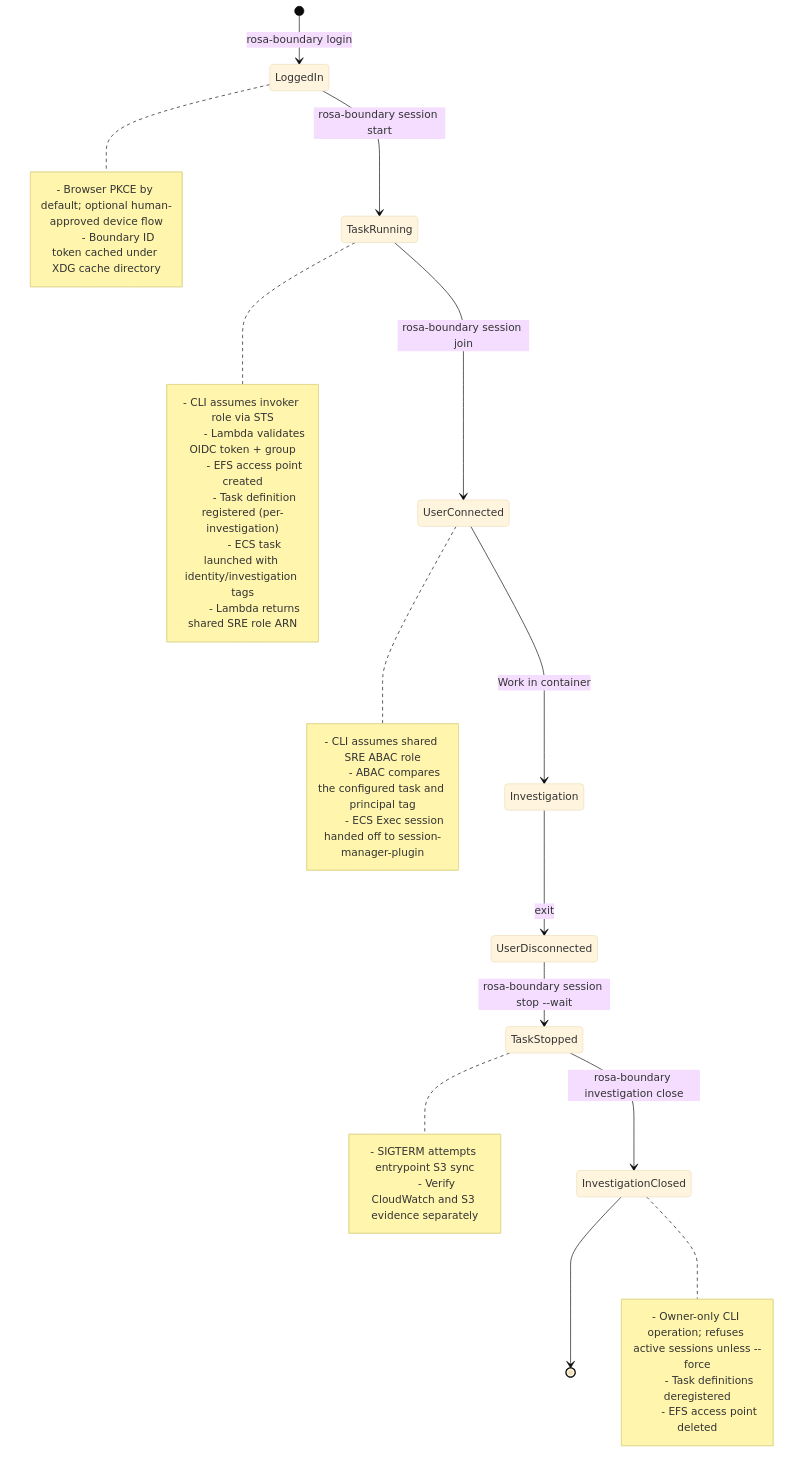
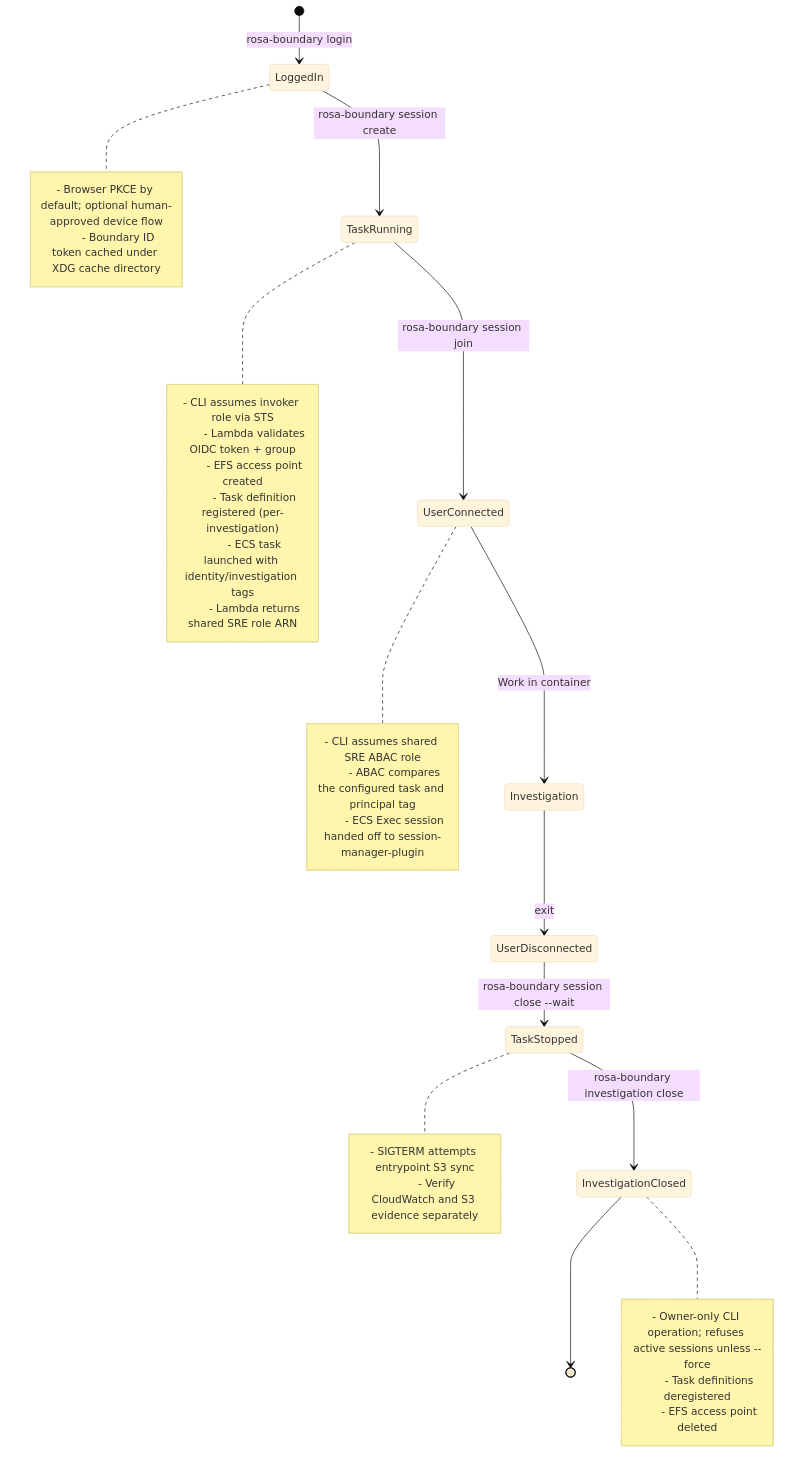
Before and after one commit to openshift-online/rosa-boundary: the diagram in docs/runbooks/investigation-workflow.md, drawn with Mermaid (base theme). The commit also changed other lines of this file and 16 other files, not shown here.

Commit message:
Rename Boundary session lifecycle verbs to create and close

````diff
--- a/docs/runbooks/investigation-workflow.md
+++ b/docs/runbooks/investigation-workflow.md
@@ -15,42 +15,42 @@
 ```mermaid
 stateDiagram-v2
     [*] --> LoggedIn: rosa-boundary login
-    LoggedIn --> TaskRunning: rosa-boundary session start
+    LoggedIn --> TaskRunning: rosa-boundary session create
     TaskRunning --> UserConnected: rosa-boundary session join
     UserConnected --> Investigation: Work in container
     Investigation --> UserDisconnected: exit
-    UserDisconnected --> TaskStopped: rosa-boundary session stop --wait
+    UserDisconnected --> TaskStopped: rosa-boundary session close --wait
     TaskStopped --> InvestigationClosed: rosa-boundary investigation close
     InvestigationClosed --> [*]
 
     note right of LoggedIn
         - Browser PKCE by default; optional human-approved device flow
         - Boundary ID token cached under XDG cache directory
     end note
 
     note right of TaskRunning
         - CLI assumes invoker role via STS
         - Lambda validates OIDC token + group
         - EFS access point created
         - Task definition registered (per-investigation)
         - ECS task launched with identity/investigation tags
         - Lambda returns shared SRE role ARN
     end note
 
     note right of UserConnected
         - CLI assumes shared SRE ABAC role
         - ABAC compares the configured task and principal tag
         - ECS Exec session handed off to session-manager-plugin
     end note
 
     note right of TaskStopped
         - SIGTERM attempts entrypoint S3 sync
         - Verify CloudWatch and S3 evidence separately
     end note
 
     note right of InvestigationClosed
         - Owner-only CLI operation; refuses active sessions unless --force
         - Task definitions deregistered
         - EFS access point deleted
     end note
 ```
````
